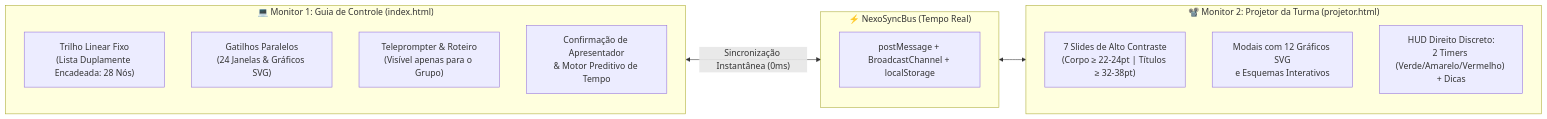
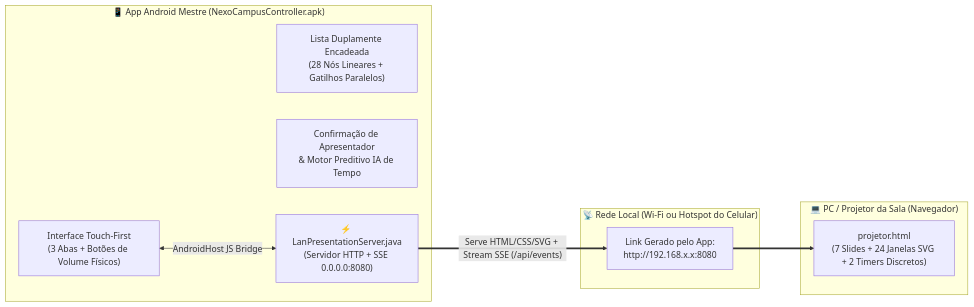
The diagram in README.md (AmandoLuizDaCruz/seminario-nexo-campus-slides), drawn with Mermaid before and after one commit. The commit also changed other lines of this file and 10 other files, not shown here.

Commit message:
feat: converter guia mestre em App Android nativo (NexoCampusController.apk) com servidor HTTP/SSE local embutido

````diff
--- a/README.md
+++ b/README.md
@@ -19,21 +21,20 @@
 ```mermaid
 flowchart LR
-    subgraph Monitor1["💻 Monitor 1: Guia de Controle (index.html)"]
-        A["Trilho Linear Fixo\n(Lista Duplamente Encadeada: 28 Nós)"]
-        B["Gatilhos Paralelos\n(24 Janelas & Gráficos SVG)"]
-        C["Teleprompter & Roteiro\n(Visível apenas para o Grupo)"]
-        D["Confirmação de Apresentador\n& Motor Preditivo de Tempo"]
+    subgraph Android["📱 App Android Mestre (NexoCampusController.apk)"]
+        UI["Interface Touch-First\n(3 Abas + Botões de Volume Físicos)"]
+        LL["Lista Duplamente Encadeada\n(28 Nós Lineares + Gatilhos Paralelos)"]
+        TM["Confirmação de Apresentador\n& Motor Preditivo IA de Tempo"]
+        SRV["⚡ LanPresentationServer.java\n(Servidor HTTP + SSE 0.0.0.0:8080)"]
     end
 
-    subgraph Sync["⚡ NexoSyncBus (Tempo Real)"]
-        S["postMessage + BroadcastChannel + localStorage"]
+    subgraph WiFi["📡 Rede Local (Wi-Fi ou Hotspot do Celular)"]
+        LINK["Link Gerado pelo App:\nhttp://192.168.x.x:8080"]
     end
 
-    subgraph Monitor2["📽️ Monitor 2: Projetor da Turma (projetor.html)"]
-        P1["7 Slides de Alto Contraste\n(Corpo ≥ 22-24pt | Títulos ≥ 32-38pt)"]
-        P2["Modais com 12 Gráficos SVG\ne Esquemas Interativos"]
-        P3["HUD Direito Discreto:\n2 Timers (Verde/Amarelo/Vermelho) + Dicas"]
+    subgraph PC["💻 PC / Projetor da Sala (Navegador)"]
+        PROJ["projetor.html\n(7 Slides + 24 Janelas SVG + 2 Timers Discretos)"]
     end
 
-    Monitor1 <-->|"Sincronização Instantânea (0ms)"| Sync <--> Monitor2
+    UI <-->|"AndroidHost JS Bridge"| SRV
+    SRV ===>|"Serve HTML/CSS/SVG + Stream SSE (/api/events)"| LINK ===> PROJ
 ```
````
